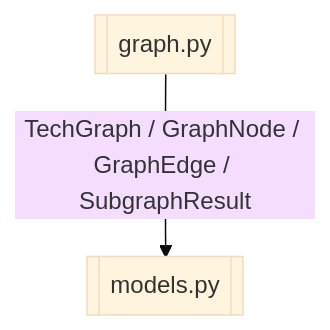
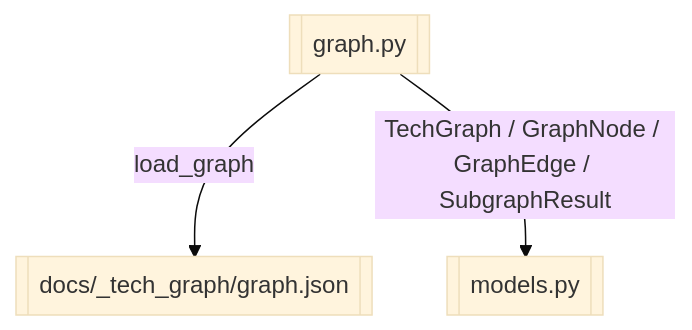
The diagram in docs/_tech_graph/50_graph.md (Cyning12/cyning-harness-probe), drawn with Mermaid (base theme) before and after one commit. The commit also changed other lines of this file and 34 other files, not shown here.

First line of the commit message:
docs(tech-graph): rebuild docs/_tech_graph without .ai.md

````diff
--- a/docs/_tech_graph/50_graph.md
+++ b/docs/_tech_graph/50_graph.md
@@ -16,7 +17,9 @@
 ```mermaid
 flowchart TD
     GRAPH[["graph.py"]]
     MODELS[["models.py"]]
+    GRAPH_JSON[["docs/_tech_graph/graph.json"]]
+    GRAPH --"load_graph"--> GRAPH_JSON
     GRAPH --"TechGraph / GraphNode / GraphEdge / SubgraphResult"--> MODELS
     %% 锚点：见 YAML 源 edges[].anchors
 ```
````
